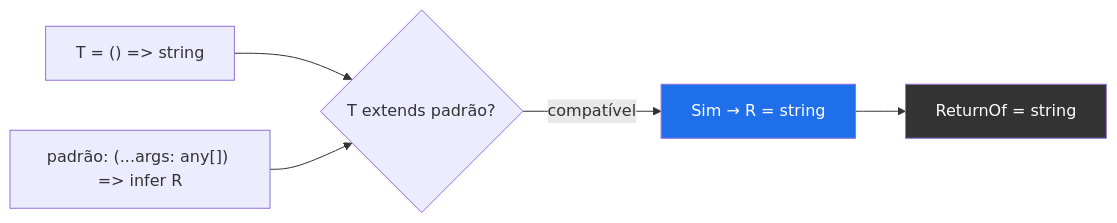
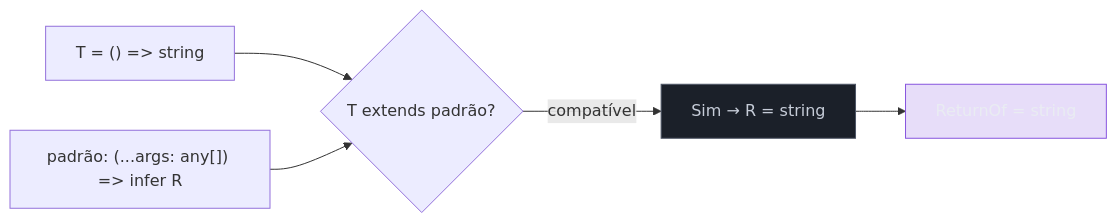
Before and after one commit to josenaldo/codex-technomanticus: the first of 3 diagrams in 03-Dominios/Tecnologia/TypeScript/14 - infer e extração de tipos.md, drawn with Mermaid. The commit also changed other lines of this file and 1181 other files, not shown here.

First line of the commit message:
fix(diagramas): paleta do sistema no lugar de cor cravada no markdown

````diff
--- a/03-Dominios/Tecnologia/TypeScript/14 - infer e extração de tipos.md
+++ b/03-Dominios/Tecnologia/TypeScript/14 - infer e extração de tipos.md
@@ -44,16 +44,18 @@
 ```mermaid
 flowchart LR
+    classDef neutro fill:#1B2029,stroke:#4E5666,color:#C6CCD8
+    classDef marca fill:#8855DF33,stroke:#8855DF,color:#E9ECF2
     T["T = () => string"]
     PAD["padrão: (...args: any[]) => infer R"]
     CHK{"T extends padrão?"}
     YES["Sim → R = string"]
     RES["ReturnOf<T> = string"]
 
     T --> CHK
     PAD --> CHK
     CHK -->|"compatível"| YES
     YES --> RES
 
-    style YES fill:#1f6feb,color:#fff
-    style RES fill:#333,color:#fff
+    class YES neutro
+    class RES marca
 ```
````
